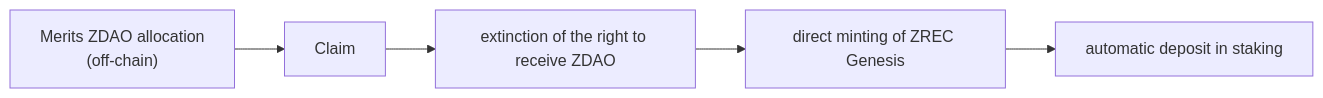
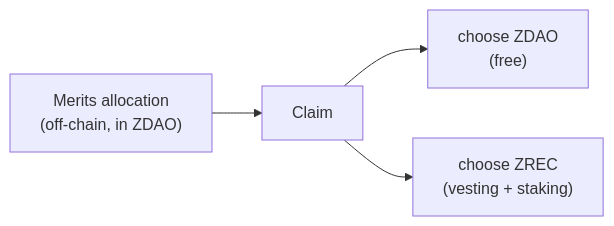
The third of 3 diagrams in docs/business-logic/02-foundational-phase.md (blockvault-ai/zero-energy), drawn with Mermaid before and after one commit. The commit also changed other lines of this file and 18 other files, not shown here.

````diff
--- a/docs/business-logic/02-foundational-phase.md
+++ b/docs/business-logic/02-foundational-phase.md
@@ -104,6 +86,6 @@
 ```mermaid
 flowchart LR
-    A["Merits ZDAO allocation<br/>(off-chain)"] --> B[Claim]
-    B --> C[extinction of the right to receive ZDAO]
-    C --> D[direct minting of ZREC Genesis] --> E[automatic deposit in staking]
+    A["Merits allocation<br/>(off-chain, in ZDAO)"] --> B[Claim]
+    B --> C["choose ZDAO<br/>(free)"]
+    B --> D["choose ZREC<br/>(vesting + staking)"]
 ```
````
